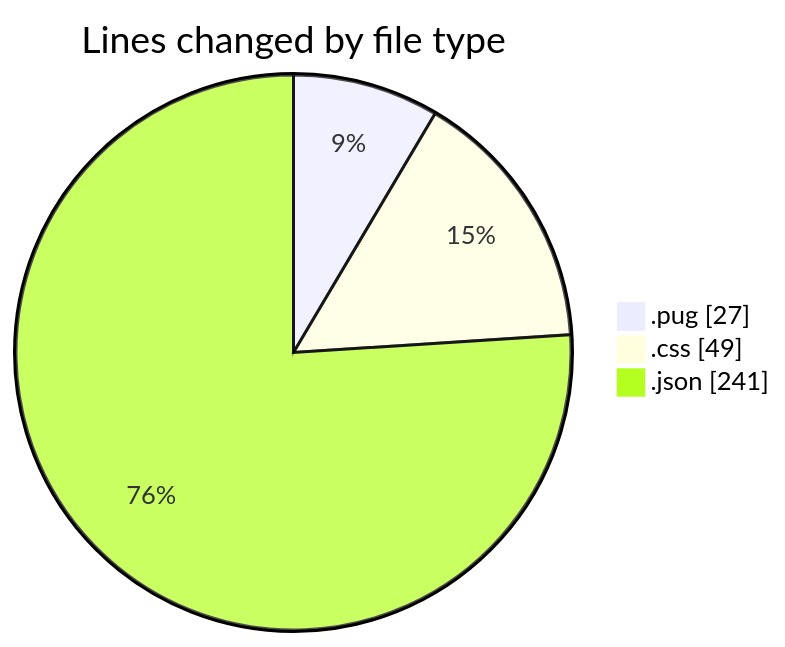
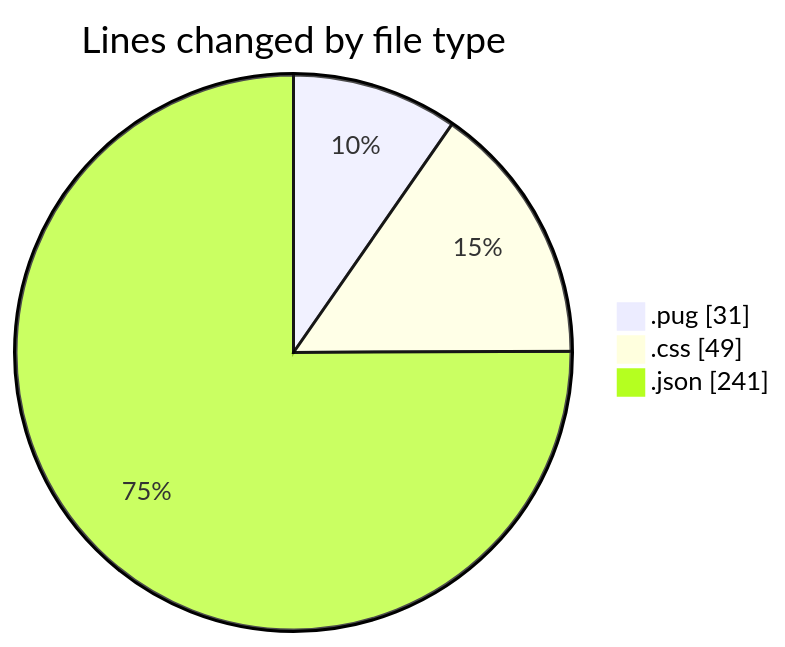
The first of 2 diagrams in 2025-11-06/cda/README.md (momahboobian/code-tracking), drawn with Mermaid before and after one commit. The commit also changed other lines of this file and 1 other file, not shown here.

````diff
--- a/2025-11-06/cda/README.md
+++ b/2025-11-06/cda/README.md
@@ -23,7 +23,7 @@
 ```mermaid
 pie showData
 title Lines changed by file type
-".pug" : 27
+".pug" : 31
 ".css" : 49
 ".json" : 241
 ```
````
